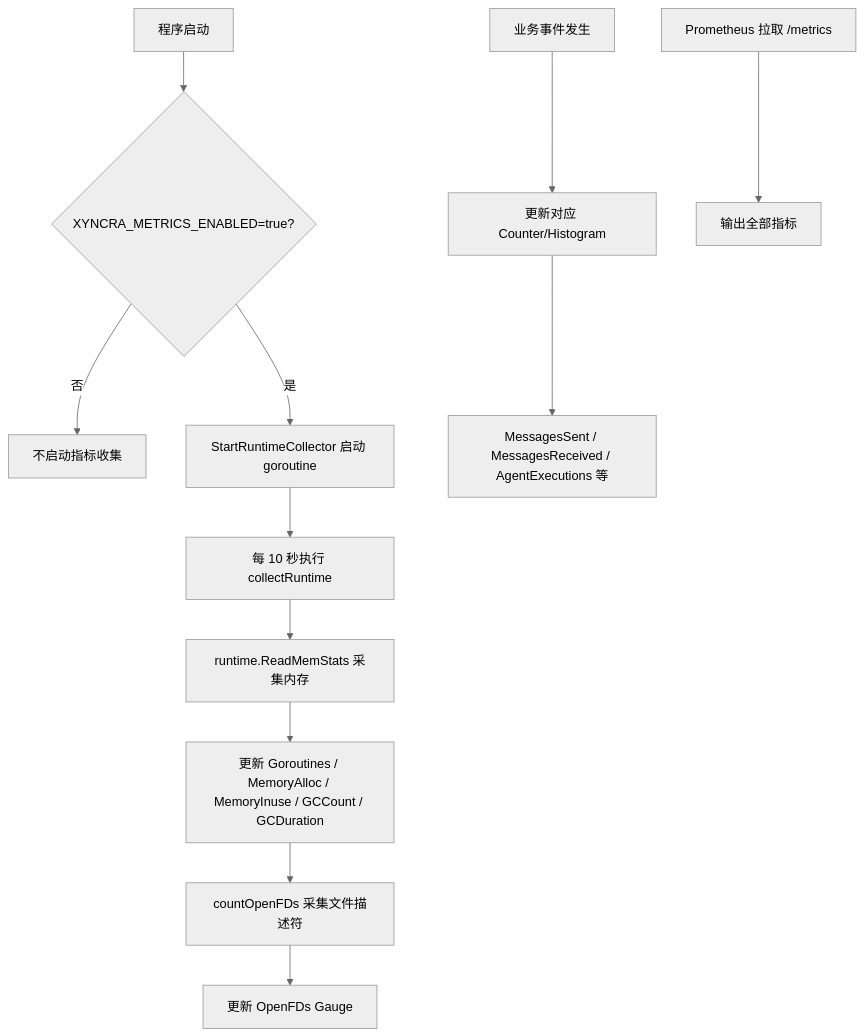
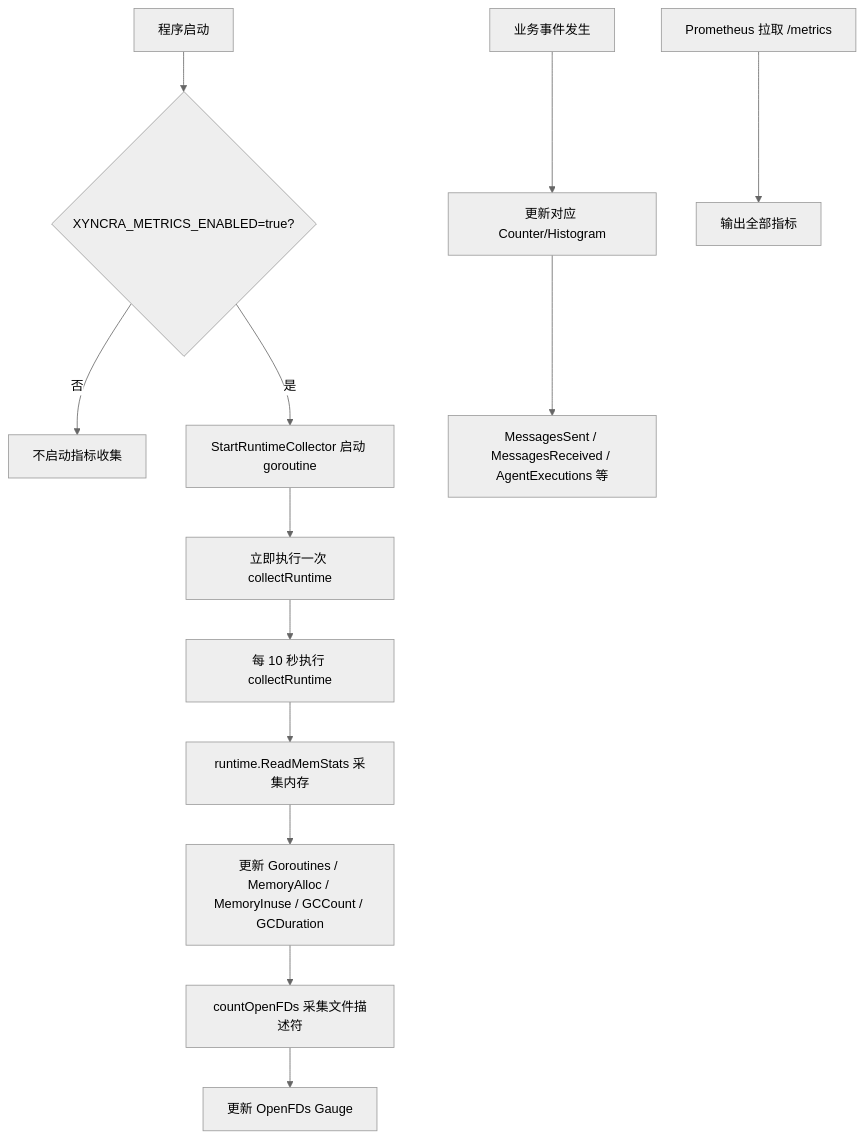
Before and after one commit to PineappleBond/xyncra-server: the eighth of 14 diagrams in wiki/flows/cli-observability.md, drawn with Mermaid (neutral theme). The commit also changed other lines of this file and 21 other files, not shown here.

````diff
--- a/wiki/flows/cli-observability.md
+++ b/wiki/flows/cli-observability.md
@@ -480,16 +436,17 @@
 ```mermaid
 flowchart TD
     A[程序启动] --> B{XYNCRA_METRICS_ENABLED=true?}
     B -->|否| C[不启动指标收集]
     B -->|是| D[StartRuntimeCollector 启动 goroutine]
-    D --> E[每 10 秒执行 collectRuntime]
-    E --> F[runtime.ReadMemStats 采集内存]
-    F --> G[更新 Goroutines / MemoryAlloc / MemoryInuse / GCCount / GCDuration]
-    G --> H[countOpenFDs 采集文件描述符]
-    H --> I[更新 OpenFDs Gauge]
+    D --> E[立即执行一次 collectRuntime]
+    E --> F[每 10 秒执行 collectRuntime]
+    F --> G[runtime.ReadMemStats 采集内存]
+    G --> H[更新 Goroutines / MemoryAlloc / MemoryInuse / GCCount / GCDuration]
+    H --> I[countOpenFDs 采集文件描述符]
+    I --> J[更新 OpenFDs Gauge]
 
-    J[业务事件发生] --> K[更新对应 Counter/Histogram]
-    K --> L[MessagesSent / MessagesReceived / AgentExecutions 等]
+    K[业务事件发生] --> L[更新对应 Counter/Histogram]
+    L --> M[MessagesSent / MessagesReceived / AgentExecutions 等]
 
-    M[Prometheus 拉取 /metrics] --> N[输出全部指标]
+    N[Prometheus 拉取 /metrics] --> O[输出全部指标]
 ```
````
